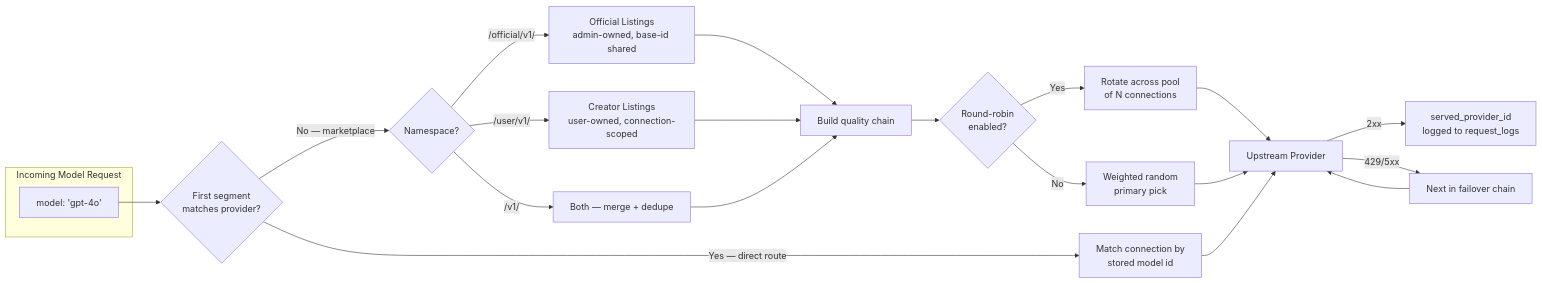
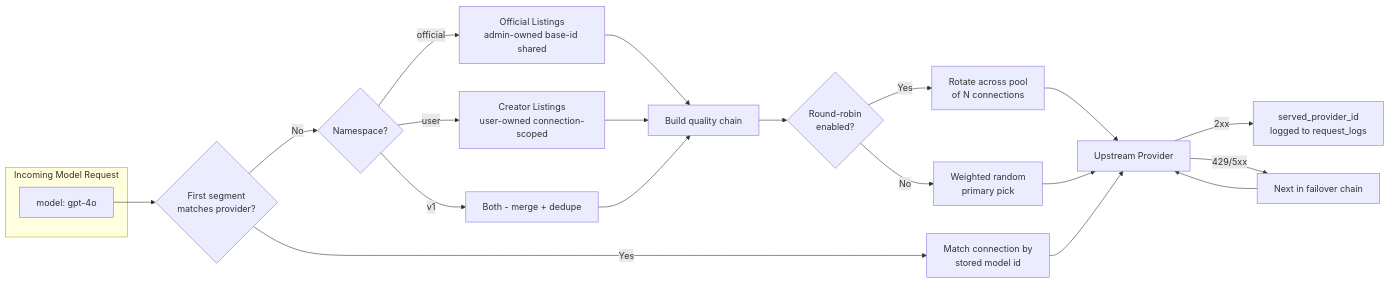
Before and after one commit to qwetls/xeygate: the fourth of 4 diagrams in README.md, drawn with Mermaid. The commit also changed other lines of this file, not shown here.

First line of the commit message:
fix: sanitize all 4 Mermaid diagrams for GitHub renderer

````diff
--- a/README.md
+++ b/README.md
@@ -476,31 +476,31 @@
 ```mermaid
 graph LR
-    subgraph Request["Incoming Model Request"]
-        REQ["model: 'gpt-4o'"]
+    subgraph Request[Incoming Model Request]
+        REQ[model: gpt-4o]
     end
 
     REQ --> DETECT{First segment<br/>matches provider?}
 
-    DETECT -->|Yes — direct route| CONN[Match connection by<br/>stored model id]
-    DETECT -->|No — marketplace| NS{Namespace?}
+    DETECT -->|Yes| CONN[Match connection by<br/>stored model id]
+    DETECT -->|No| NS{Namespace?}
 
-    NS -->|"/official/v1/"| OFF[Official Listings<br/>admin-owned, base-id shared]
-    NS -->|"/user/v1/"| CRE[Creator Listings<br/>user-owned, connection-scoped]
-    NS -->|"/v1/"| BOTH[Both — merge + dedupe]
+    NS -->|official| OFF[Official Listings<br/>admin-owned base-id shared]
+    NS -->|user| CRE[Creator Listings<br/>user-owned connection-scoped]
+    NS -->|v1| BOTH[Both - merge + dedupe]
 
     OFF --> CHAIN[Build quality chain]
     CRE --> CHAIN
     BOTH --> CHAIN
 
     CHAIN --> RR{Round-robin<br/>enabled?}
     RR -->|Yes| ROTATE[Rotate across pool<br/>of N connections]
     RR -->|No| PICK[Weighted random<br/>primary pick]
 
     ROTATE --> UP[Upstream Provider]
     PICK --> UP
     CONN --> UP
 
     UP -->|2xx| AUDIT[served_provider_id<br/>logged to request_logs]
     UP -->|429/5xx| FAILOVER[Next in failover chain]
     FAILOVER --> UP
 ```
````
